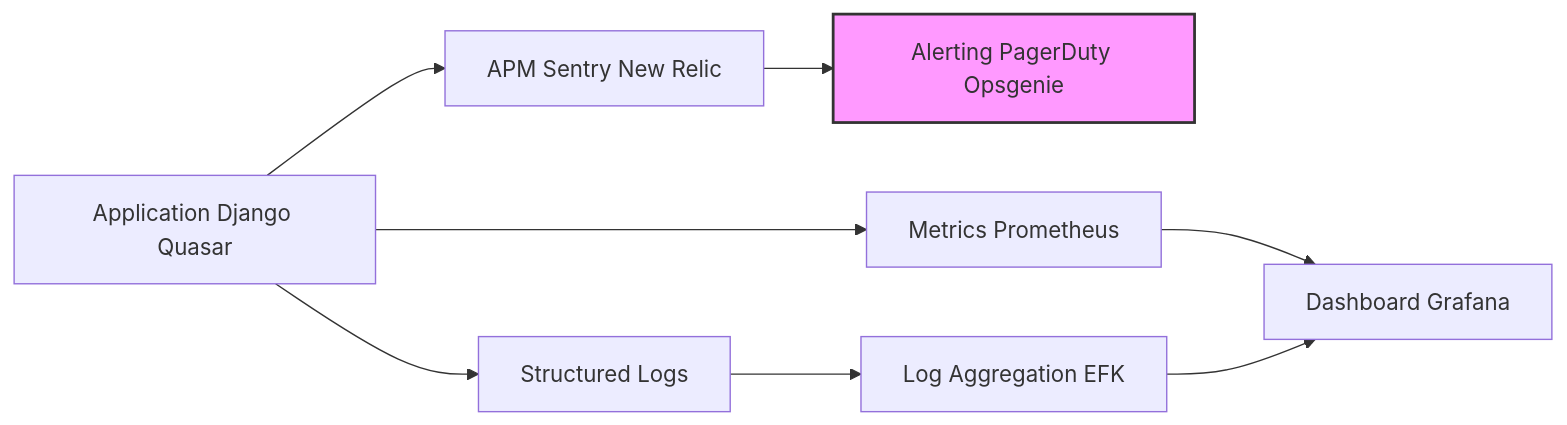
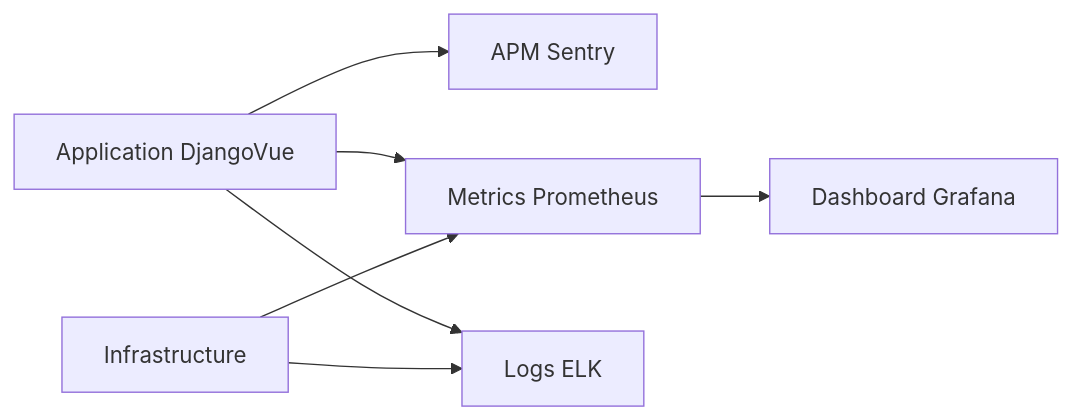
One commit to HimansuSaha/GreaterWMS changed the diagram in docs/monitoring/overview.md. Above: the diagram before and after it, drawn with Mermaid. The commit also changed other lines of this file and 4 other files, not shown here.

````diff
--- a/docs/monitoring/overview.md
+++ b/docs/monitoring/overview.md
@@ -44,11 +61,9 @@
 ```mermaid
 graph LR
-    A[Application Django Quasar] --> B[Structured Logs];
-    A --> C[APM Sentry New Relic];
-    C --> D[Alerting PagerDuty Opsgenie];
-    A --> E[Metrics Prometheus];
-    E --> F[Dashboard Grafana];
-    B --> G[Log Aggregation EFK];
-    G --> F;
-    style D fill:#f9f,stroke:#333,stroke-width:2px
+    A[Application DjangoVue] --> B[APM Sentry];
+    A --> C[Metrics Prometheus];
+    C --> D[Dashboard Grafana];
+    A --> E[Logs ELK];
+    F[Infrastructure] --> C;
+    F --> E;
 ```
````
